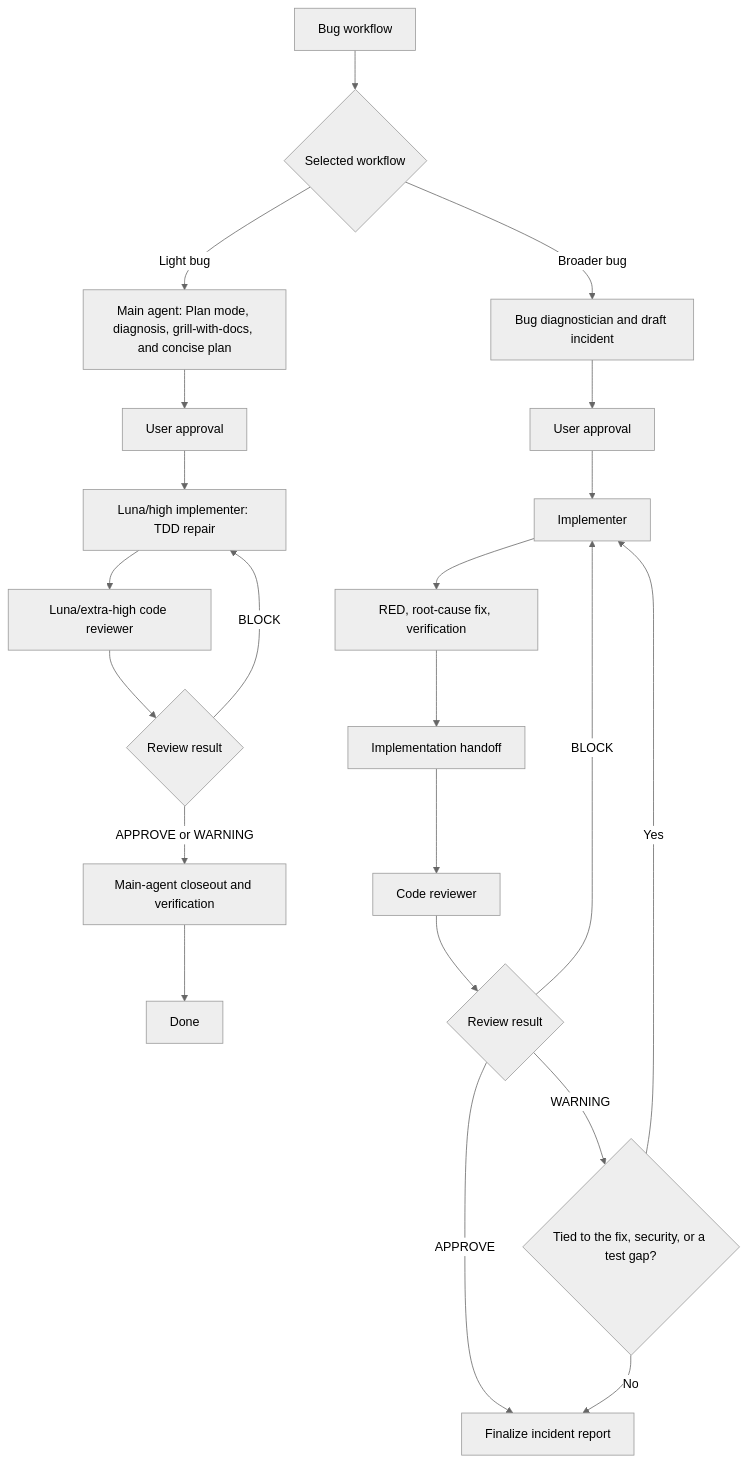
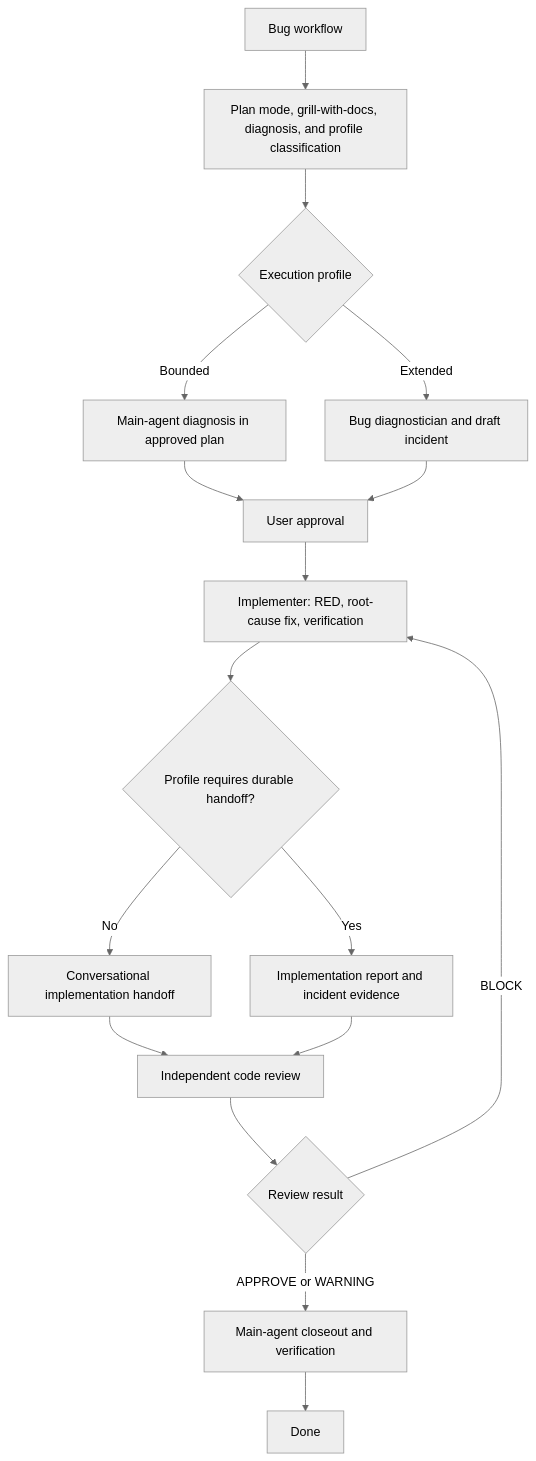
One commit to aloilor/lean-coding-agent changed the fourth of 4 diagrams in README.md. Above: the diagram before and after it, drawn with Mermaid (neutral theme). The commit also changed other lines of this file and 17 other files, not shown here.

Commit message:
refactor(workflows): unify bounded and extended skills

````diff
--- a/README.md
+++ b/README.md
@@ -130,24 +103,19 @@
 ```mermaid
 flowchart TD
-    A[Bug workflow] --> B{Selected workflow}
-    B -->|Light bug| C[Main agent: Plan mode, diagnosis, grill-with-docs, and concise plan]
-    C --> D[User approval]
-    D --> E[Luna/high implementer: TDD repair]
-    E --> F[Luna/extra-high code reviewer]
-    F --> G{Review result}
-    G -->|BLOCK| E
-    G -->|APPROVE or WARNING| H[Main-agent closeout and verification]
-    H --> N[Done]
-    B -->|Broader bug| I[Bug diagnostician and draft incident]
-    I --> J[User approval]
-    J --> M[Implementer]
-    M --> P[RED, root-cause fix, verification]
-    P --> Q[Implementation handoff]
-    Q --> R[Code reviewer]
-    R --> S{Review result}
-    S -->|APPROVE| T[Finalize incident report]
-    S -->|BLOCK| M
-    S -->|WARNING| U{Tied to the fix, security, or a test gap?}
-    U -->|Yes| M
-    U -->|No| T
+    A[Bug workflow] --> B[Plan mode, grill-with-docs, diagnosis, and profile classification]
+    B --> C{Execution profile}
+    C -->|Bounded| D[Main-agent diagnosis in approved plan]
+    C -->|Extended| E[Bug diagnostician and draft incident]
+    D --> F[User approval]
+    E --> F
+    F --> G[Implementer: RED, root-cause fix, verification]
+    G --> H{Profile requires durable handoff?}
+    H -->|No| I[Conversational implementation handoff]
+    H -->|Yes| J[Implementation report and incident evidence]
+    I --> K[Independent code review]
+    J --> K
+    K --> L{Review result}
+    L -->|BLOCK| G
+    L -->|APPROVE or WARNING| M[Main-agent closeout and verification]
+    M --> N[Done]
 ```
````
